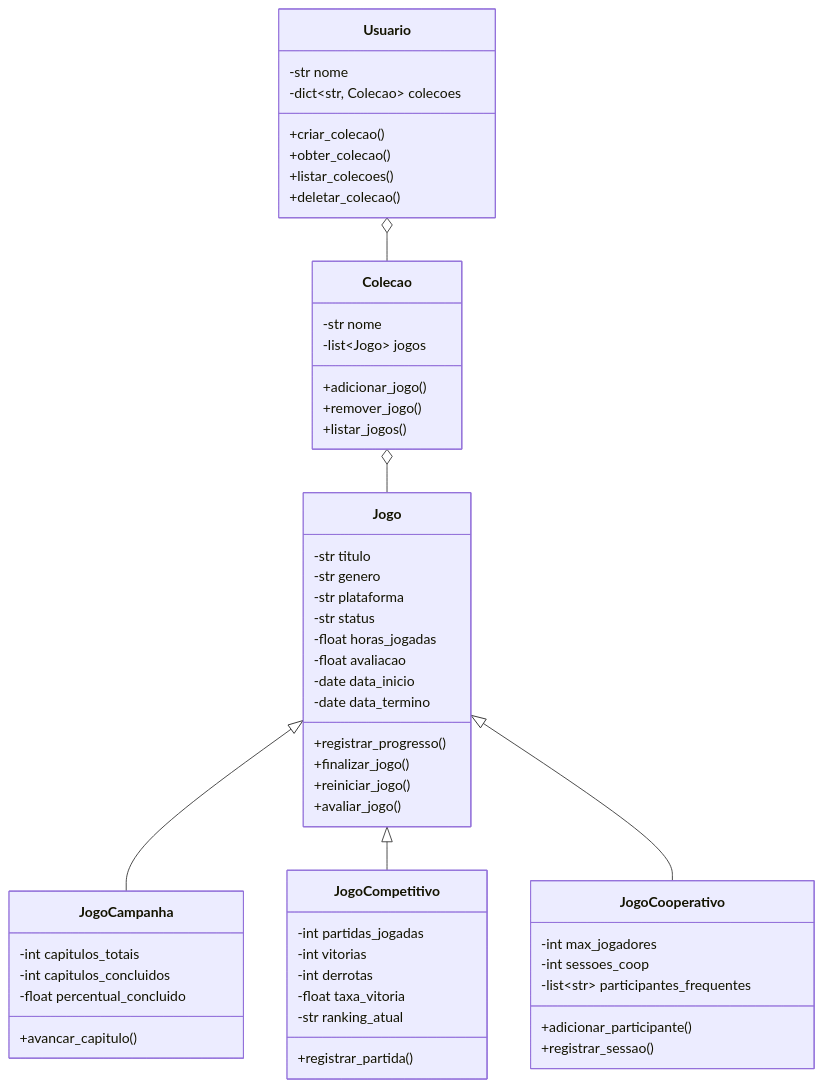
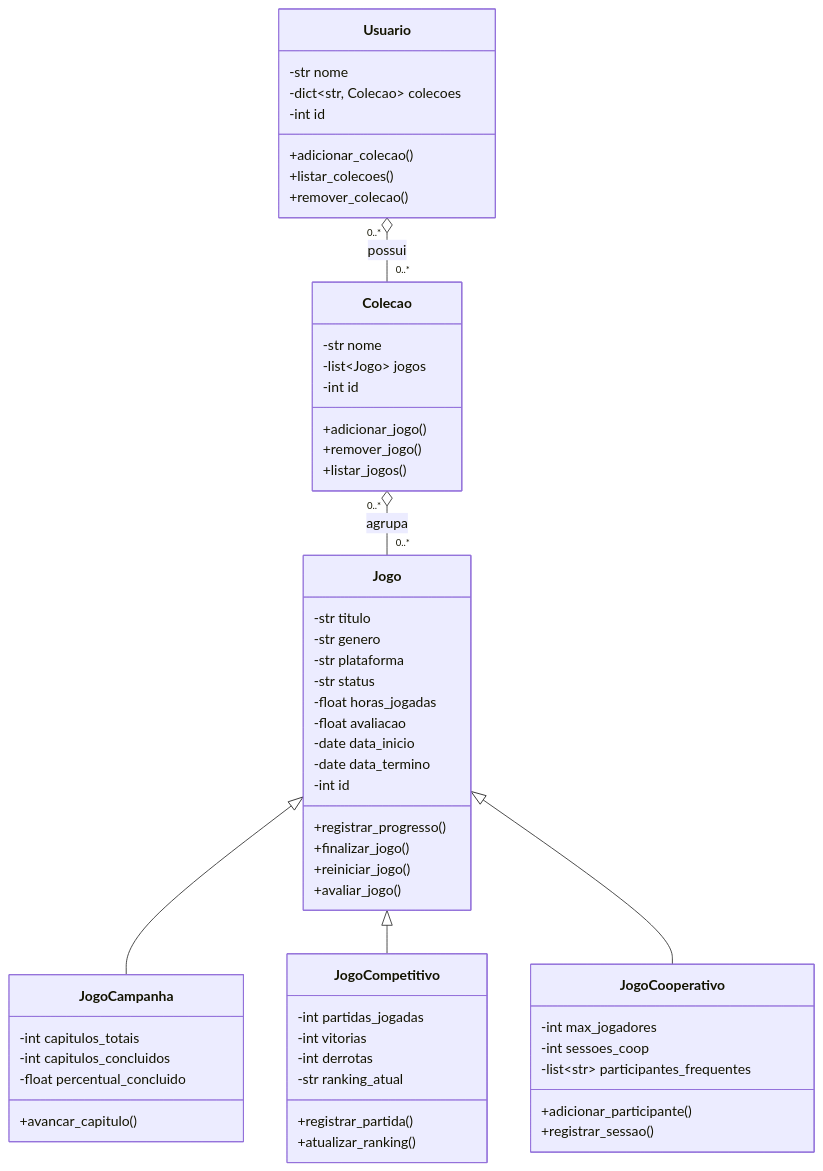
Before and after one commit to kaue-aps/CatalogoJogosDigitais: the diagram in docs/diagrama_classes_uml.md, drawn with Mermaid. The commit also changed other lines of this file, not shown here.

Commit message:
Adequações no diagrama uml

````diff
--- a/docs/diagrama_classes_uml.md
+++ b/docs/diagrama_classes_uml.md
@@ -3,64 +5,66 @@
 ```mermaid
 classDiagram
     class Jogo {
         -str titulo
         -str genero
         -str plataforma
         -str status
         -float horas_jogadas
         -float avaliacao
         -date data_inicio
         -date data_termino
+        -int id
         +registrar_progresso()
         +finalizar_jogo()
         +reiniciar_jogo()
         +avaliar_jogo()
     }
 
     class JogoCampanha {
         -int capitulos_totais
         -int capitulos_concluidos
         -float percentual_concluido
         +avancar_capitulo()
     }
 
     class JogoCompetitivo {
         -int partidas_jogadas
         -int vitorias
         -int derrotas
-        -float taxa_vitoria
         -str ranking_atual
         +registrar_partida()
+        +atualizar_ranking()
     }
 
     class JogoCooperativo {
         -int max_jogadores
         -int sessoes_coop
         -list~str~ participantes_frequentes
         +adicionar_participante()
         +registrar_sessao()
     }
 
     class Colecao {
         -str nome
         -list~Jogo~ jogos
+        -int id
         +adicionar_jogo()
         +remover_jogo()
         +listar_jogos()
     }
 
     class Usuario {
         -str nome
         -dict~str, Colecao~ colecoes
-        +criar_colecao()
-        +obter_colecao()
+        -int id
+        +adicionar_colecao()
         +listar_colecoes()
-        +deletar_colecao()
+        +remover_colecao()
     }
 
     Jogo <|-- JogoCampanha
     Jogo <|-- JogoCompetitivo
     Jogo <|-- JogoCooperativo
-    Colecao o-- Jogo
-    Usuario o-- Colecao
+    Colecao "0..*" o-- "0..*" Jogo : agrupa
+    Usuario "0..*" o-- "0..*" Colecao : possui
 ```
````
